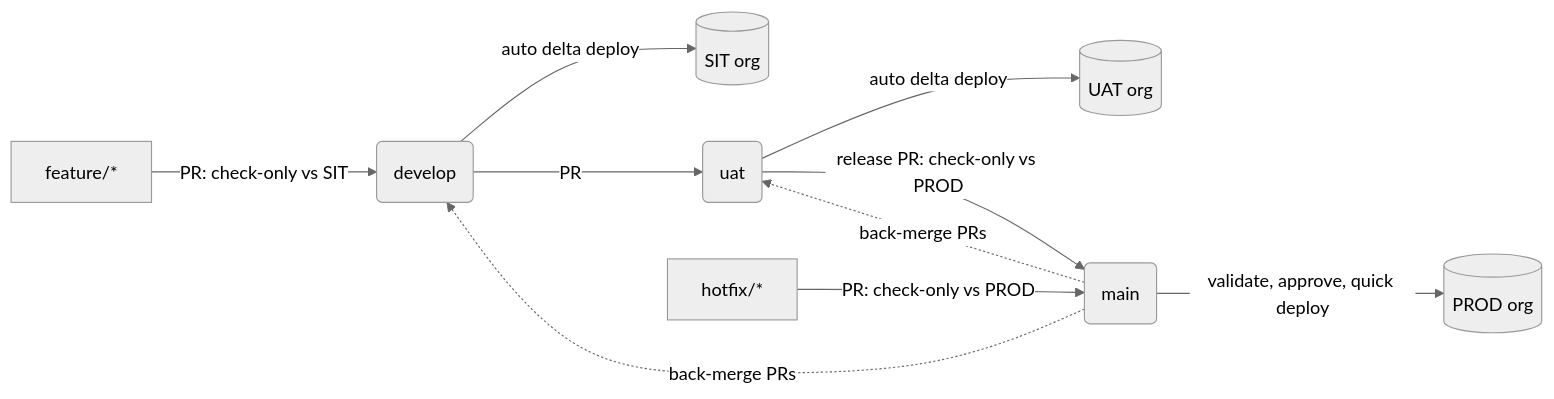
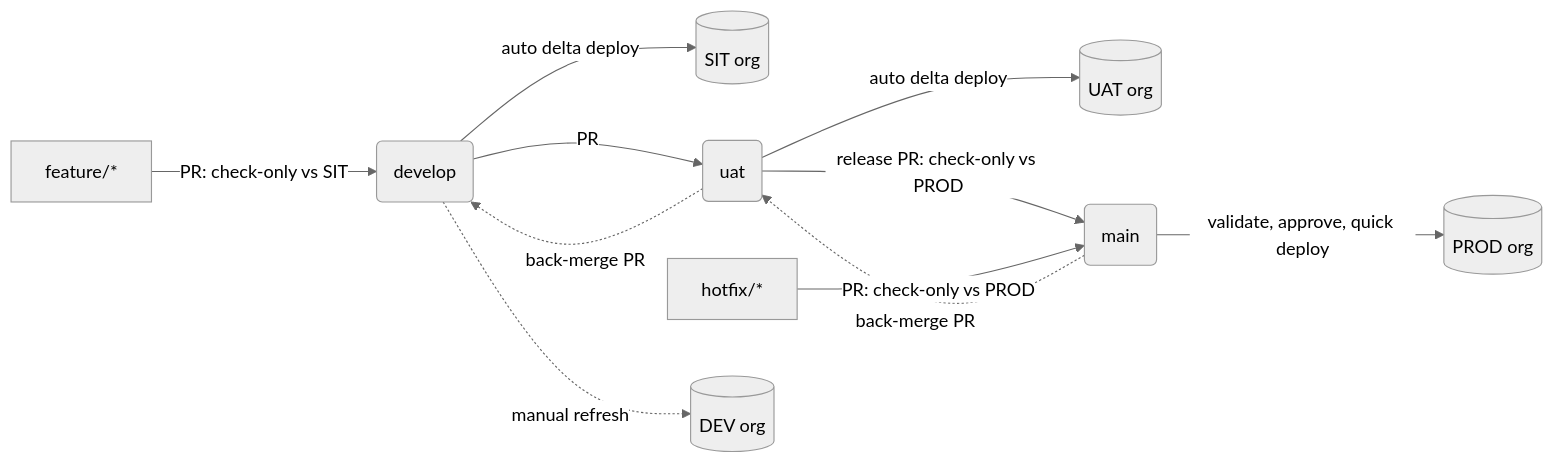
One commit to KwnstantinosP/sf-pipeline-demo changed the diagram in README.md. Above: the diagram before and after it, drawn with Mermaid (neutral theme). The commit also changed other lines of this file and 4 other files, not shown here.

Commit message:
Add DEV to Manual Deploy and chain back-merges main -> uat -> develop

````diff
--- a/README.md
+++ b/README.md
@@ -5,12 +5,13 @@
 ```mermaid
 flowchart LR
   F[feature/*] -- PR: check-only vs SIT --> D(develop)
   D -- auto delta deploy --> SIT[(SIT org)]
   D -- PR --> U(uat)
   U -- auto delta deploy --> UAT[(UAT org)]
   U -- release PR: check-only vs PROD --> M(main)
   H[hotfix/*] -- PR: check-only vs PROD --> M
   M -- validate, approve, quick deploy --> PROD[(PROD org)]
-  M -. back-merge PRs .-> U
-  M -. back-merge PRs .-> D
+  M -. back-merge PR .-> U
+  U -. back-merge PR .-> D
+  D -. manual refresh .-> DEV[(DEV org)]
 ```
````
